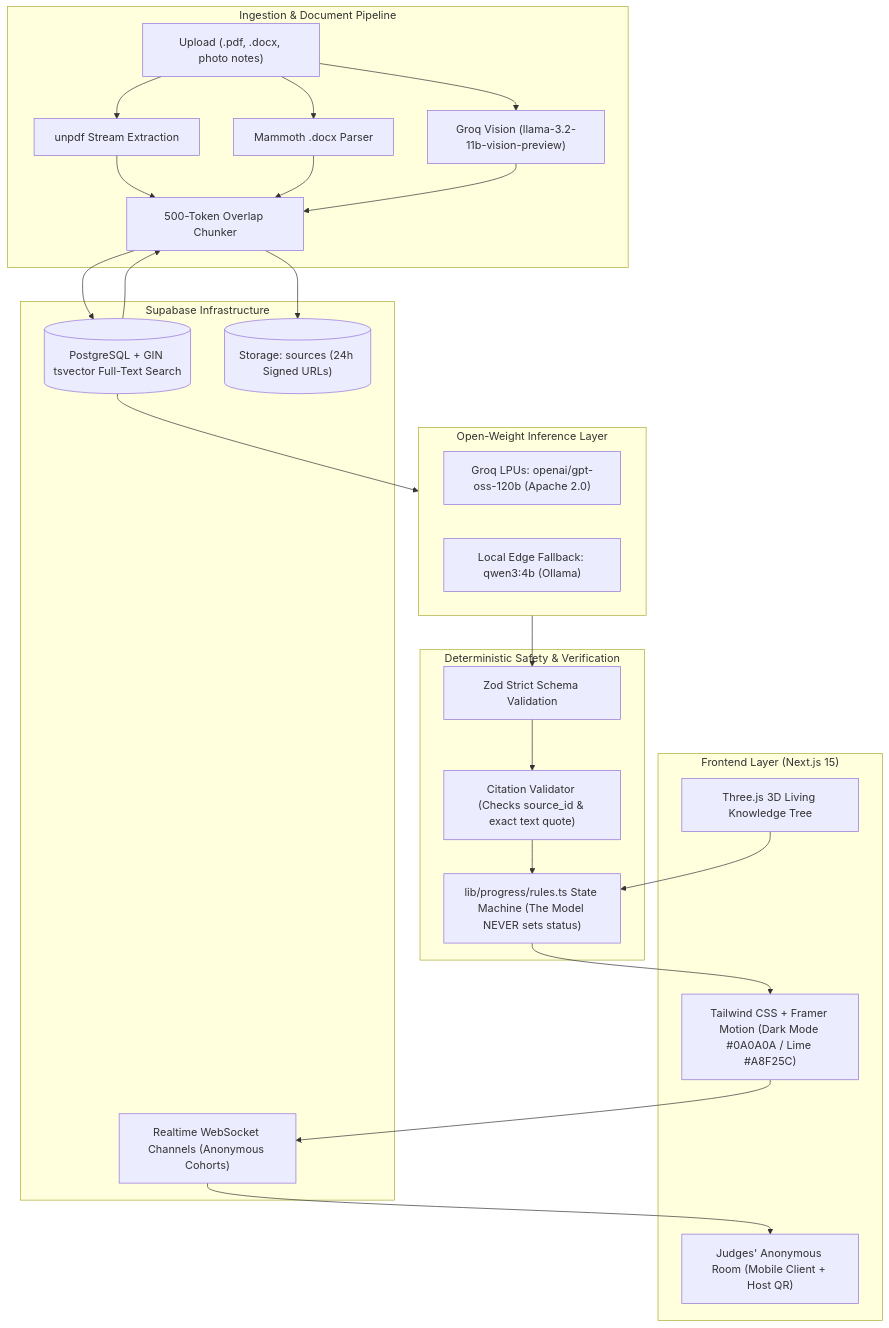
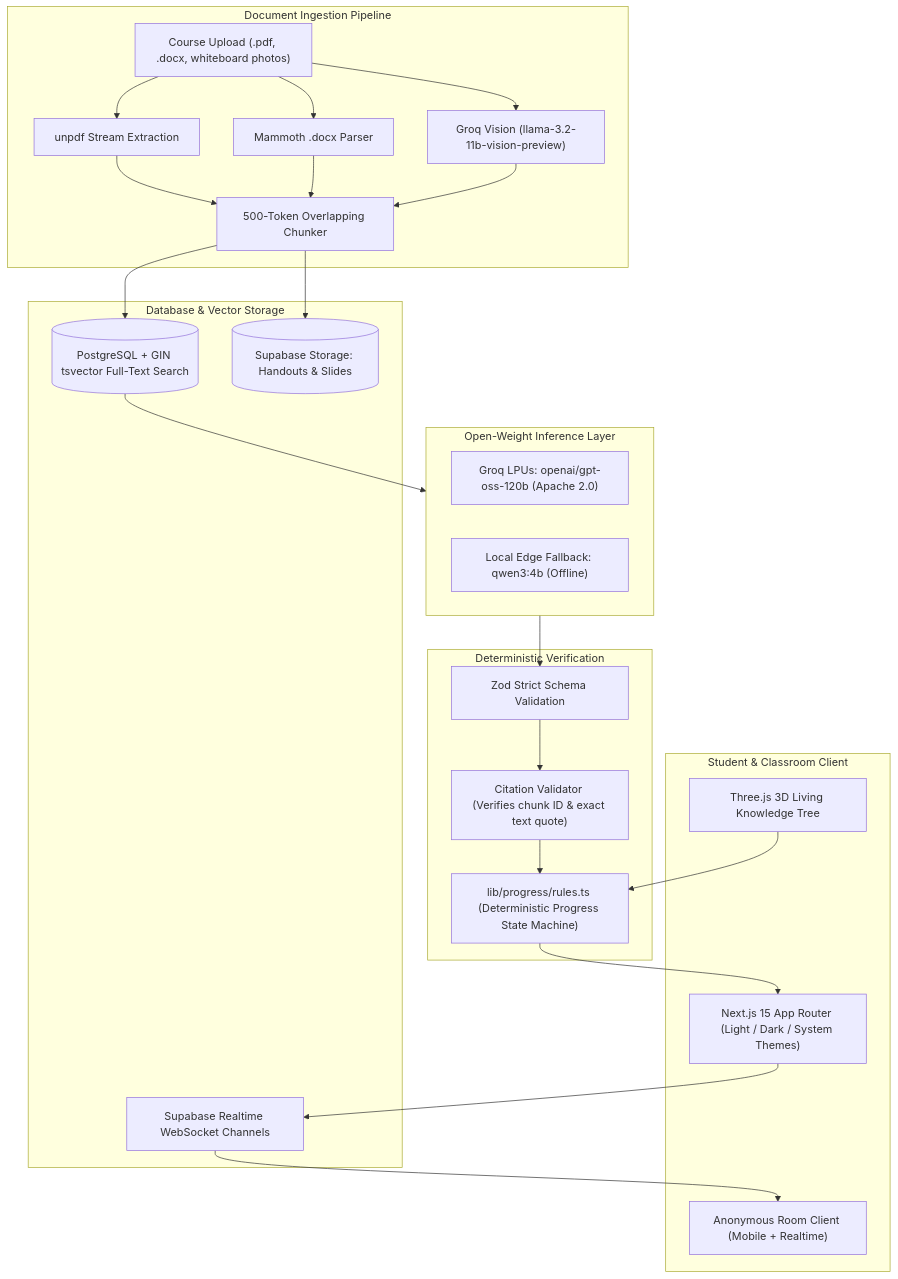
The diagram in README.md (hicksonhaziel/rootwise), drawn with Mermaid before and after one commit. The commit also changed other lines of this file and 2 other files, not shown here.

Commit message:
polish(landing, docs): align landing page to app themes, remove hero image, add interactive demo, and humanize documentation

````diff
--- a/README.md
+++ b/README.md
@@ -55,43 +51,42 @@
 ```mermaid
 flowchart TD
-    subgraph Client["Frontend Layer (Next.js 15)"]
-        UI["Tailwind CSS + Framer Motion (Dark Mode #0A0A0A / Lime #A8F25C)"]
+    subgraph Client["Student & Classroom Client"]
+        UI["Next.js 15 App Router (Light / Dark / System Themes)"]
         Tree["Three.js 3D Living Knowledge Tree"]
-        Room["Judges' Anonymous Room (Mobile Client + Host QR)"]
+        Room["Anonymous Room Client (Mobile + Realtime)"]
     end
 
-    subgraph Ingestion["Ingestion & Document Pipeline"]
-        Upload["Upload (.pdf, .docx, photo notes)"]
+    subgraph Ingestion["Document Ingestion Pipeline"]
+        Upload["Course Upload (.pdf, .docx, whiteboard photos)"]
         OCR["Groq Vision (llama-3.2-11b-vision-preview)"]
         Word["Mammoth .docx Parser"]
         PDF["unpdf Stream Extraction"]
-        Chunker["500-Token Overlap Chunker"]
+        Chunker["500-Token Overlapping Chunker"]
     end
 
-    subgraph Storage["Supabase Infrastructure"]
+    subgraph Storage["Database & Vector Storage"]
         DB[("PostgreSQL + GIN tsvector Full-Text Search")]
-        Bucket[("Storage: sources (24h Signed URLs)")]
-        Realtime["Realtime WebSocket Channels (Anonymous Cohorts)"]
+        Bucket[("Supabase Storage: Handouts & Slides")]
+        Realtime["Supabase Realtime WebSocket Channels"]
     end
 
     subgraph AI["Open-Weight Inference Layer"]
         Groq["Groq LPUs: openai/gpt-oss-120b (Apache 2.0)"]
-        Ollama["Local Edge Fallback: qwen3:4b (Ollama)"]
+        Ollama["Local Edge Fallback: qwen3:4b (Offline)"]
     end
 
-    subgraph Guardrails["Deterministic Safety & Verification"]
+    subgraph Guardrails["Deterministic Verification"]
         Zod["Zod Strict Schema Validation"]
-        CiteVal["Citation Validator (Checks source_id & exact text quote)"]
-        Rules["lib/progress/rules.ts State Machine (The Model NEVER sets status)"]
+        CiteVal["Citation Validator (Verifies chunk ID & exact text quote)"]
+        Rules["lib/progress/rules.ts (Deterministic Progress State Machine)"]
     end
 
     Upload --> PDF & Word & OCR
     PDF & Word & OCR --> Chunker
     Chunker --> Bucket & DB
-    DB --> Chunker
     UI --> Realtime
     Realtime --> Room
     DB --> AI
     AI --> Zod --> CiteVal --> Rules --> UI
     Tree --> Rules
 ```
````
